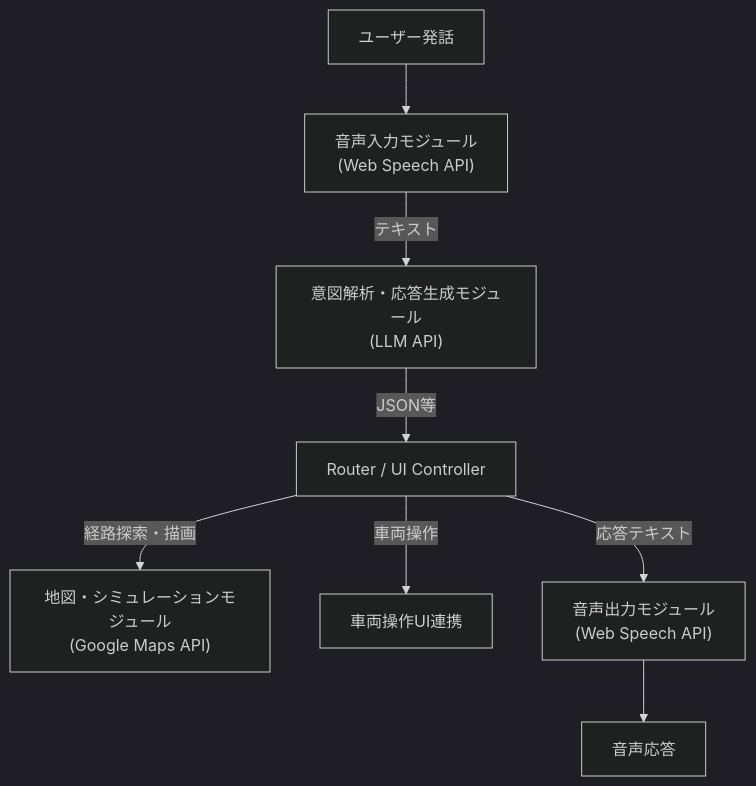
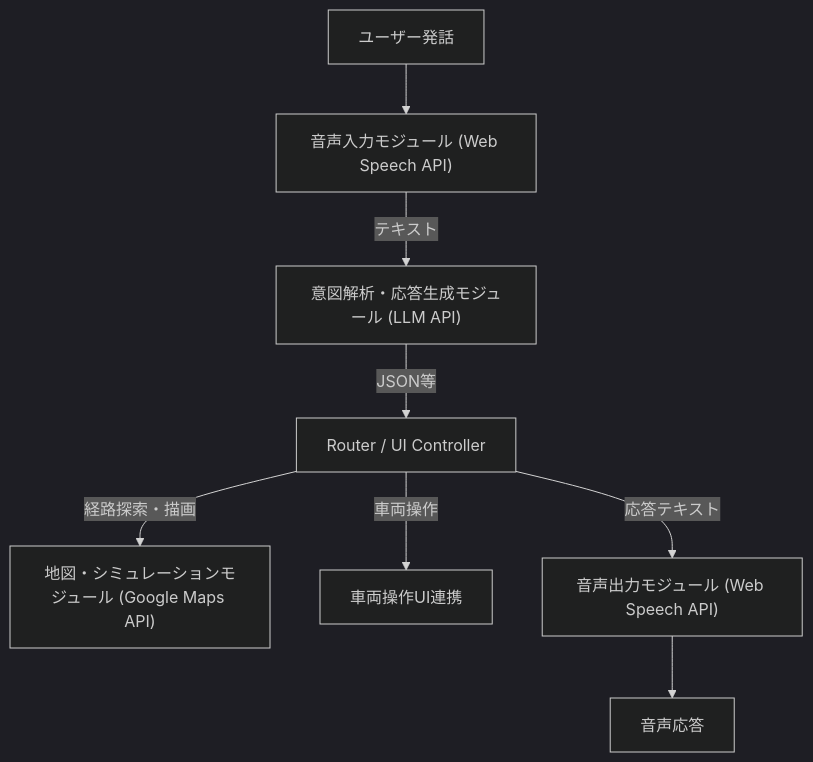
One commit to yamaPiT/VoiceNavi changed the first of 7 diagrams in doc/SW105_ソフトウェア要求仕様書.md. Above: the diagram before and after it, drawn with Mermaid (dark theme). The commit also changed other lines of this file and 5462 other files, not shown here.

````diff
--- a/doc/SW105_ソフトウェア要求仕様書.md
+++ b/doc/SW105_ソフトウェア要求仕様書.md
@@ -22,10 +22,10 @@
 ```mermaid
 flowchart TD
-    User["ユーザー発話"] --> STT["音声入力モジュール\n(Web Speech API)"]
-    STT -- "テキスト" --> LLM["意図解析・応答生成モジュール\n(LLM API)"]
+    User["ユーザー発話"] --> STT["音声入力モジュール (Web Speech API)"]
+    STT -- "テキスト" --> LLM["意図解析・応答生成モジュール (LLM API)"]
     LLM -- "JSON等" --> Router["Router / UI Controller"]
-    Router -- "経路探索・描画" --> Map["地図・シミュレーションモジュール\n(Google Maps API)"]
+    Router -- "経路探索・描画" --> Map["地図・シミュレーションモジュール (Google Maps API)"]
     Router -- "車両操作" --> Vehicle["車両操作UI連携"]
-    Router -- "応答テキスト" --> TTS["音声出力モジュール\n(Web Speech API)"]
+    Router -- "応答テキスト" --> TTS["音声出力モジュール (Web Speech API)"]
     TTS --> Voice["音声応答"]
 ```
````
